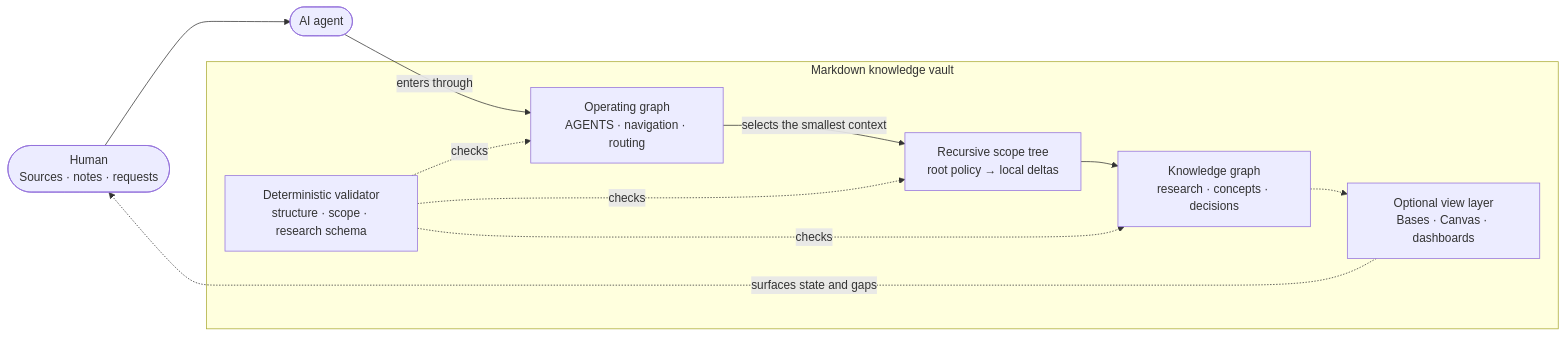
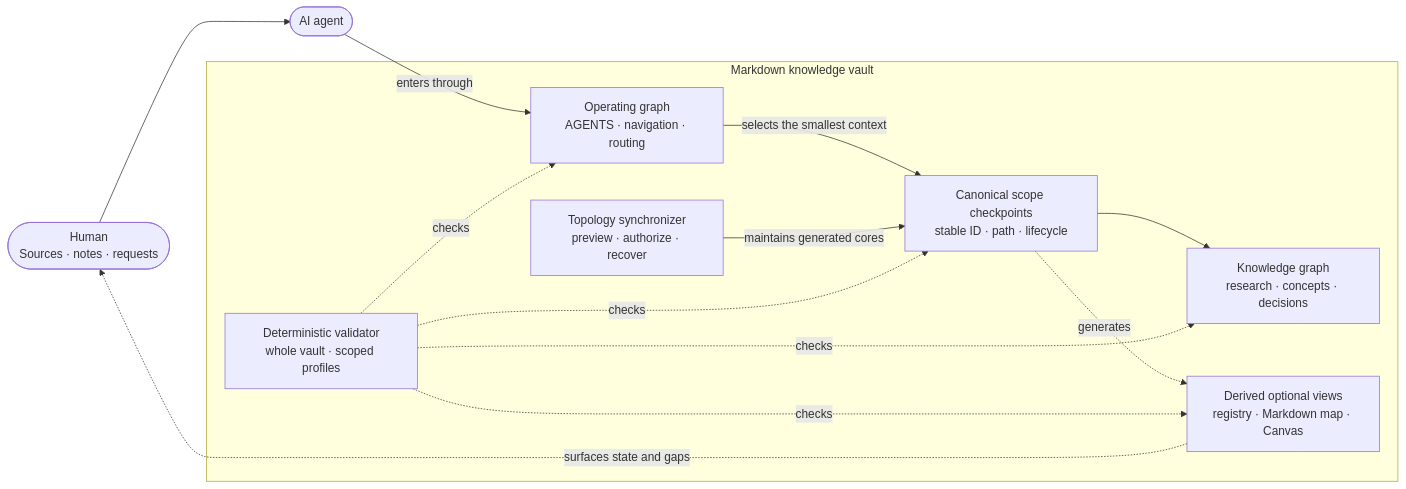
One commit to pariyar07/ariadne changed the diagram in README.md. Above: the diagram before and after it, drawn with Mermaid. The commit also changed other lines of this file and 8 other files, not shown here.

````diff
--- a/README.md
+++ b/README.md
@@ -10,23 +10,26 @@
 ```mermaid
 flowchart LR
   Human(["Human\nSources · notes · requests"])
   Agent(["AI agent"])
 
   subgraph Vault["Markdown knowledge vault"]
     Operating["Operating graph\nAGENTS · navigation · routing"]
-    Scopes["Recursive scope tree\nroot policy → local deltas"]
+    Checkpoints["Canonical scope checkpoints\nstable ID · path · lifecycle"]
+    Topology["Topology synchronizer\npreview · authorize · recover"]
     Knowledge["Knowledge graph\nresearch · concepts · decisions"]
-    Views["Optional view layer\nBases · Canvas · dashboards"]
-    Validator["Deterministic validator\nstructure · scope · research schema"]
+    Views["Derived optional views\nregistry · Markdown map · Canvas"]
+    Validator["Deterministic validator\nwhole vault · scoped profiles"]
   end
 
   Human --> Agent
   Agent -->|"enters through"| Operating
-  Operating -->|"selects the smallest context"| Scopes
-  Scopes --> Knowledge
-  Knowledge -.-> Views
+  Operating -->|"selects the smallest context"| Checkpoints
+  Checkpoints --> Knowledge
+  Topology -->|"maintains generated cores"| Checkpoints
+  Checkpoints -.->|"generates"| Views
   Validator -.->|"checks"| Operating
-  Validator -.->|"checks"| Scopes
+  Validator -.->|"checks"| Checkpoints
   Validator -.->|"checks"| Knowledge
+  Validator -.->|"checks"| Views
   Views -.->|"surfaces state and gaps"| Human
 ```
````
